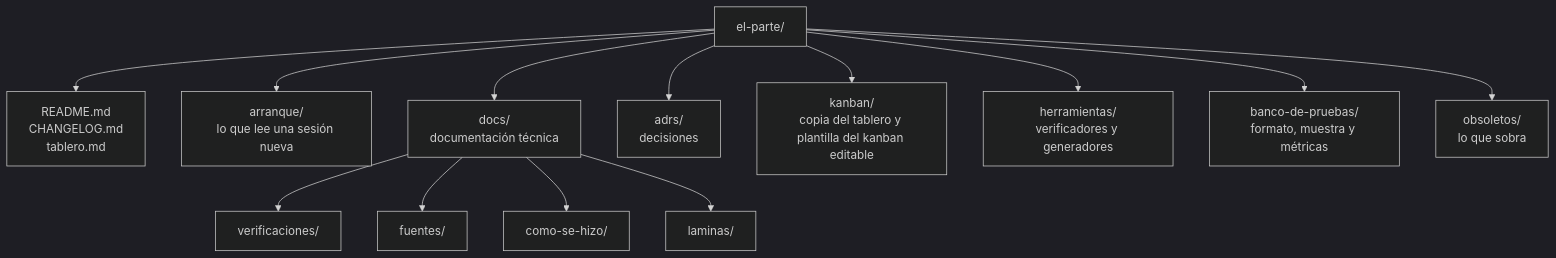
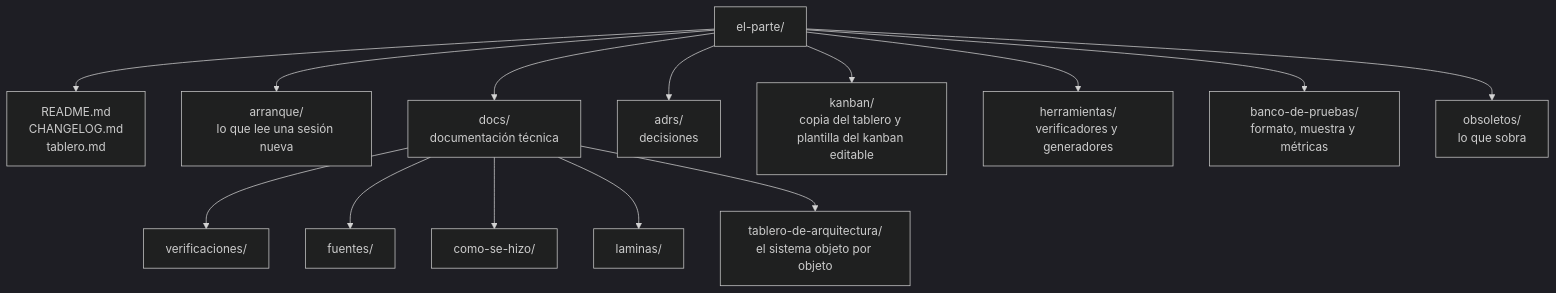
The diagram in arranque/mapa.md (andresdiegolanda/el-parte), drawn with Mermaid (dark theme) before and after one commit. The commit also changed other lines of this file and 23 other files, not shown here.

First line of the commit message:
Tablero de arquitectura (T32) y ADR 0012

````diff
--- a/arranque/mapa.md
+++ b/arranque/mapa.md
@@ -5,15 +5,16 @@
 ```mermaid
 flowchart TD
     R[el-parte/] --> RM[README.md<br/>CHANGELOG.md<br/>tablero.md]
     R --> AR[arranque/<br/>lo que lee una sesión nueva]
     R --> DO[docs/<br/>documentación técnica]
     R --> AD[adrs/<br/>decisiones]
     R --> KA[kanban/<br/>copia del tablero y plantilla del kanban editable]
     R --> HE[herramientas/<br/>verificadores y generadores]
     R --> BP[banco-de-pruebas/<br/>formato, muestra y métricas]
     R --> OB[obsoletos/<br/>lo que sobra]
     DO --> DV[verificaciones/]
     DO --> DF[fuentes/]
     DO --> DC[como-se-hizo/]
     DO --> DL[laminas/]
+    DO --> DT[tablero-de-arquitectura/<br/>el sistema objeto por objeto]
 ```
````
